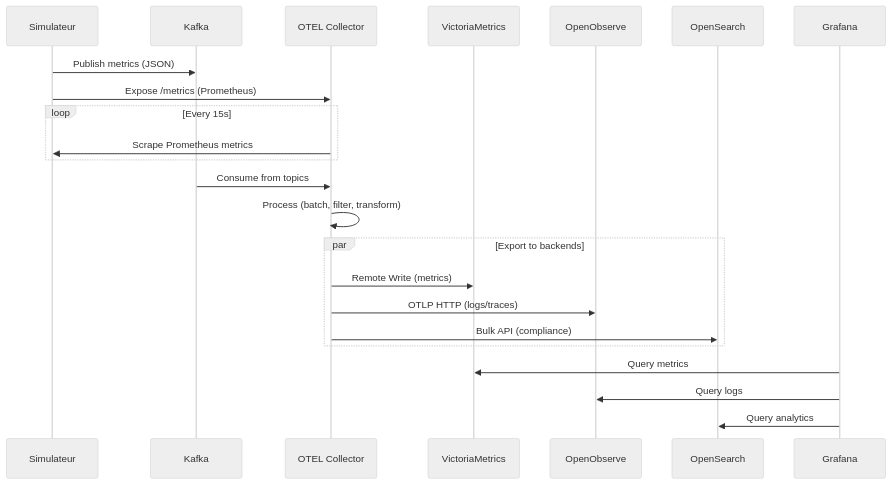
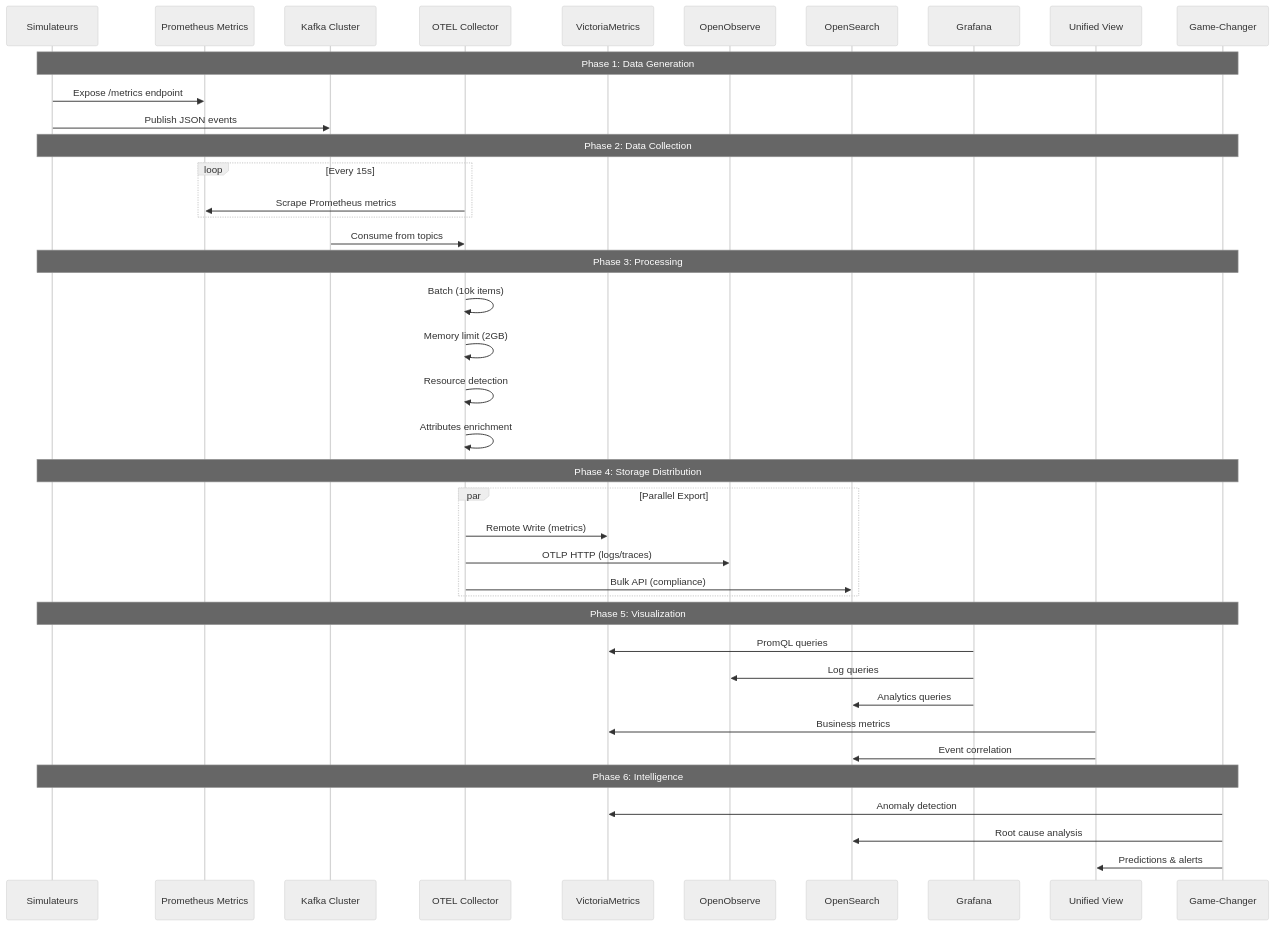
One commit to E4Itraining/OOVMTEL changed the fifth of 5 diagrams in docs/ARCHITECTURE.md. Above: the diagram before and after it, drawn with Mermaid (neutral theme). The commit also changed other lines of this file, not shown here.

First line of the commit message:
docs: complete architecture documentation with detailed diagrams

````diff
--- a/docs/ARCHITECTURE.md
+++ b/docs/ARCHITECTURE.md
@@ -389,31 +643,48 @@
 ```mermaid
 sequenceDiagram
-    participant SIM as Simulateur
-    participant KAFKA as Kafka
+    participant SIM as Simulateurs
+    participant PROM as Prometheus Metrics
+    participant KAFKA as Kafka Cluster
     participant OTEL as OTEL Collector
     participant VM as VictoriaMetrics
     participant OO as OpenObserve
     participant OS as OpenSearch
     participant GRAFANA as Grafana
+    participant UNIFIED as Unified View
+    participant MODULES as Game-Changer
 
-    SIM->>KAFKA: Publish metrics (JSON)
-    SIM->>OTEL: Expose /metrics (Prometheus)
+    Note over SIM,MODULES: Phase 1: Data Generation
+    SIM->>PROM: Expose /metrics endpoint
+    SIM->>KAFKA: Publish JSON events
 
+    Note over SIM,MODULES: Phase 2: Data Collection
     loop Every 15s
-        OTEL->>SIM: Scrape Prometheus metrics
+        OTEL->>PROM: Scrape Prometheus metrics
     end
-
     KAFKA->>OTEL: Consume from topics
 
-    OTEL->>OTEL: Process (batch, filter, transform)
+    Note over SIM,MODULES: Phase 3: Processing
+    OTEL->>OTEL: Batch (10k items)
+    OTEL->>OTEL: Memory limit (2GB)
+    OTEL->>OTEL: Resource detection
+    OTEL->>OTEL: Attributes enrichment
 
-    par Export to backends
+    Note over SIM,MODULES: Phase 4: Storage Distribution
+    par Parallel Export
         OTEL->>VM: Remote Write (metrics)
         OTEL->>OO: OTLP HTTP (logs/traces)
         OTEL->>OS: Bulk API (compliance)
     end
 
-    GRAFANA->>VM: Query metrics
-    GRAFANA->>OO: Query logs
-    GRAFANA->>OS: Query analytics
+    Note over SIM,MODULES: Phase 5: Visualization
+    GRAFANA->>VM: PromQL queries
+    GRAFANA->>OO: Log queries
+    GRAFANA->>OS: Analytics queries
+    UNIFIED->>VM: Business metrics
+    UNIFIED->>OS: Event correlation
+
+    Note over SIM,MODULES: Phase 6: Intelligence
+    MODULES->>VM: Anomaly detection
+    MODULES->>OS: Root cause analysis
+    MODULES->>UNIFIED: Predictions & alerts
 ```
````
